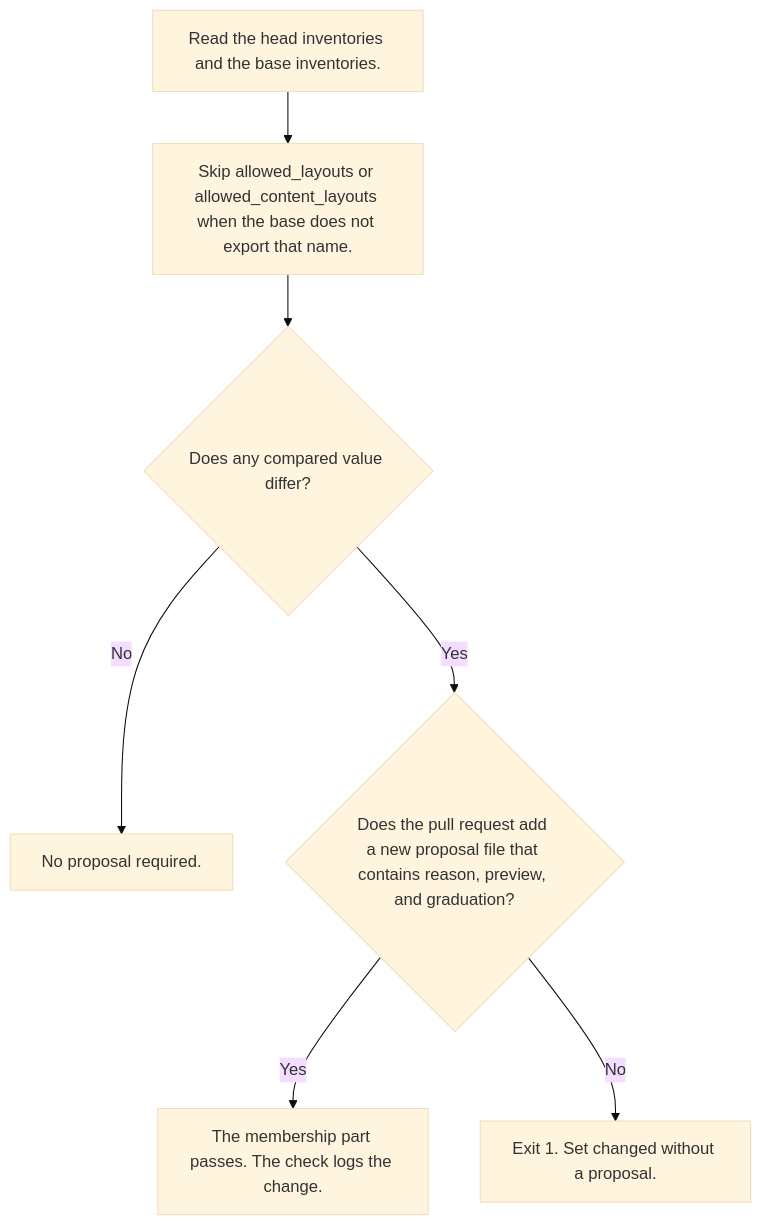
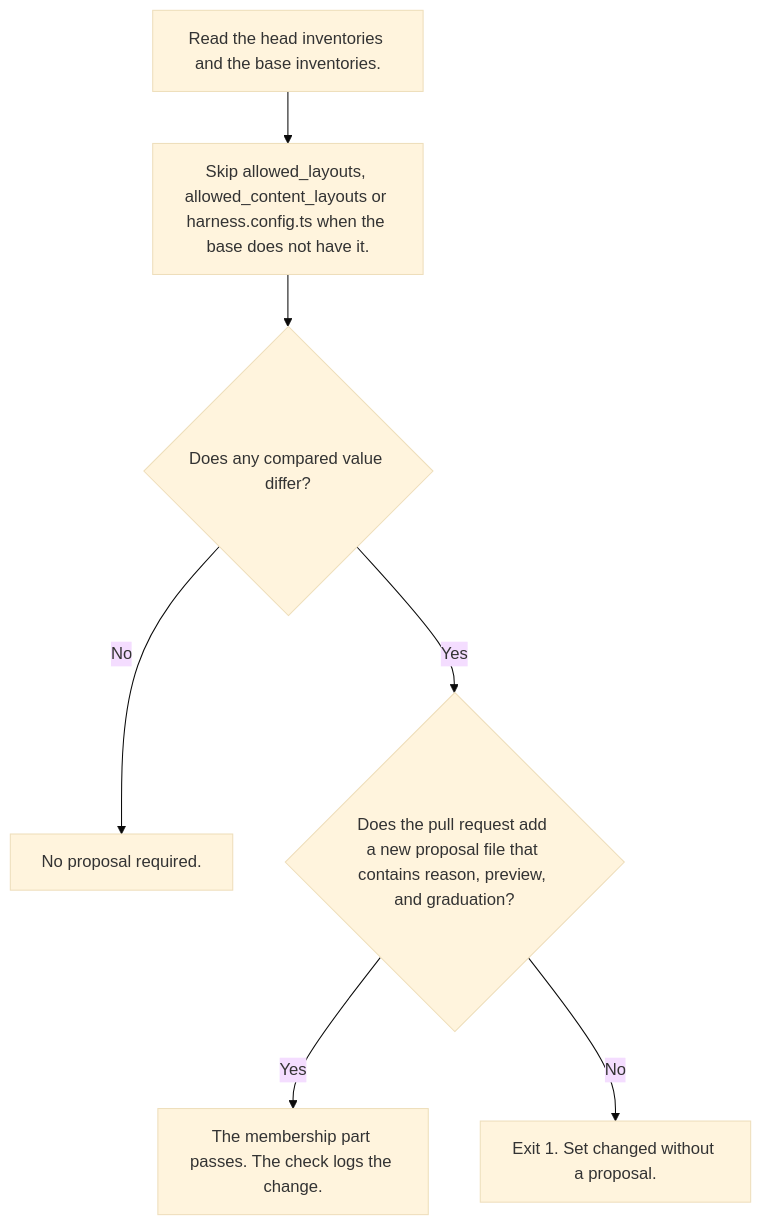
The ninth of 11 diagrams in docs/how-it-works.md (tounsoo/agent-design-loop), drawn with Mermaid (base theme) before and after one commit. The commit also changed other lines of this file and 17 other files, not shown here.

First line of the commit message:
Read check paths from one harness config (#13)

````diff
--- a/docs/how-it-works.md
+++ b/docs/how-it-works.md
@@ -302,15 +302,15 @@
 ```mermaid
 flowchart TB
   read["Read the head inventories and the base inventories."]
-  skip["Skip allowed_layouts or allowed_content_layouts when the base does not export that name."]
+  skip["Skip allowed_layouts, allowed_content_layouts or harness.config.ts when the base does not have it."]
   diff{"Does any compared value differ?"}
   ok["No proposal required."]
   words{"Does the pull request add a new proposal file that contains reason, preview, and graduation?"}
   accepted["The membership part passes. The check logs the change."]
   rejected["Exit 1. Set changed without a proposal."]
   read --> skip --> diff
   diff -->|No| ok
   diff -->|Yes| words
   words -->|Yes| accepted
   words -->|No| rejected
 ```
````
